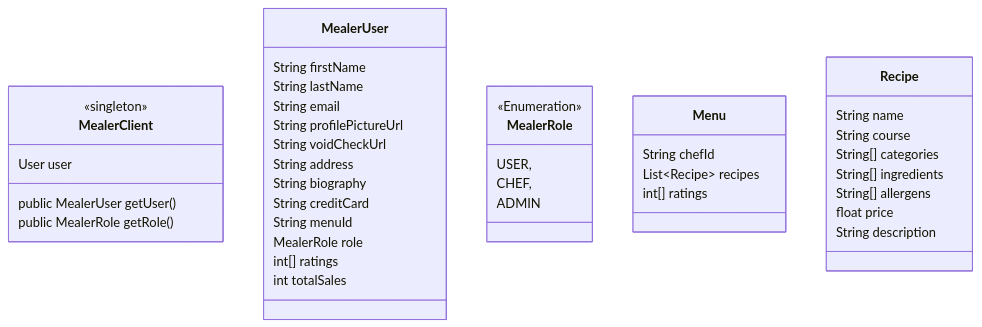
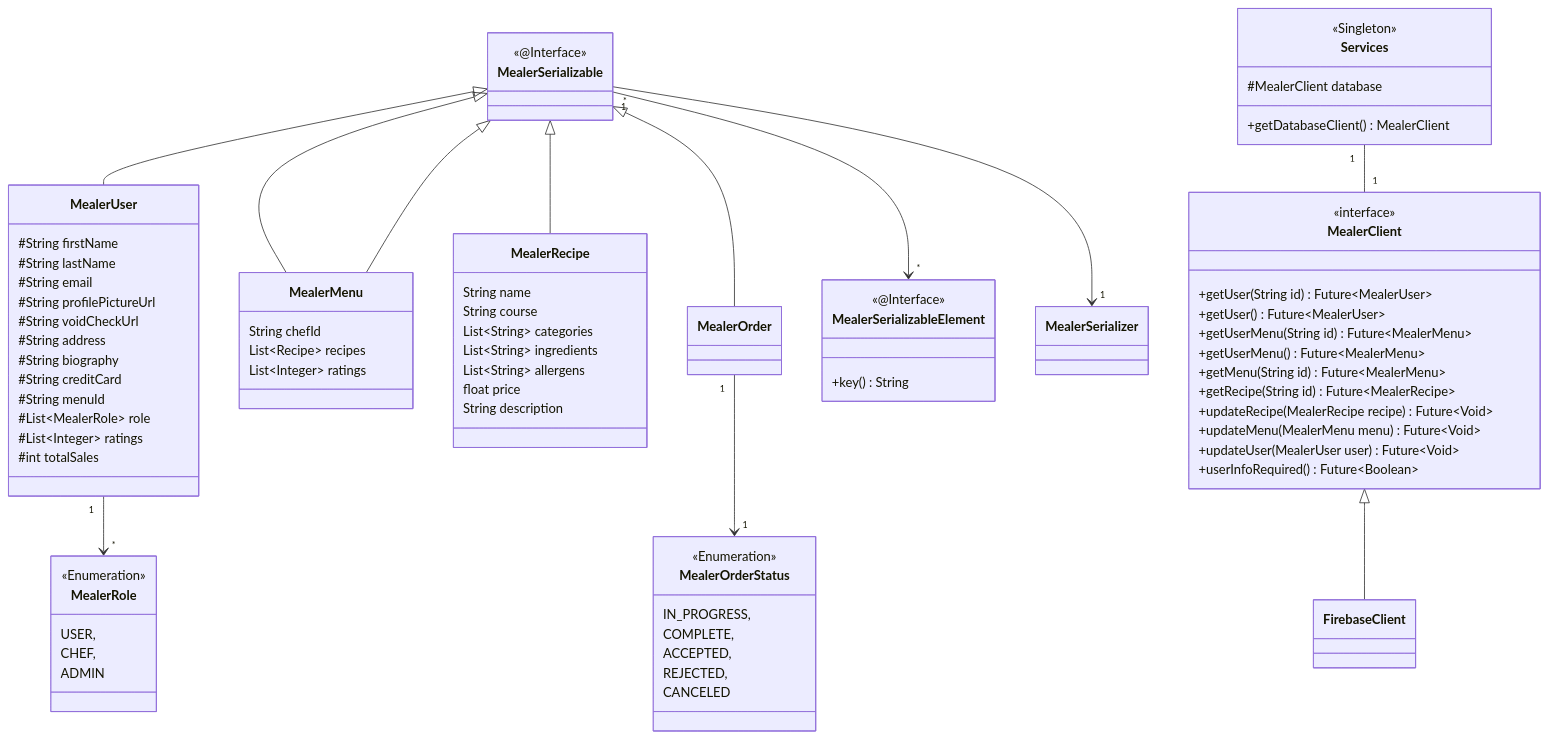
The second of 4 diagrams in README.md (Hamza-Bouzoubaa/Mealer-AndroidStudioApp), drawn with Mermaid before and after one commit. The commit also changed other lines of this file, not shown here.

Commit message:
Improve UML

````diff
--- a/README.md
+++ b/README.md
@@ -49,26 +49,59 @@
 ```mermaid
 classDiagram
+    MealerSerializable <|-- MealerUser
+    MealerSerializable <|-- MealerMenu
+    MealerSerializable <|-- MealerRecipe
+    MealerSerializable <|-- MealerOrder
+    MealerSerializable <|-- MealerMenu
+    MealerSerializable "1" --> "*" MealerSerializableElement
+    MealerSerializable "*" --> "1" MealerSerializer
+
+    MealerClient <|-- FirebaseClient
+
+    Services "1" -- "1" MealerClient
+
+    MealerOrder "1" --> "1" MealerOrderStatus
+
+    MealerUser "1" --> "*" MealerRole
+
+
     class MealerClient {
-        <<singleton>>
-        User user
+        <<interface>>
+        +getUser(String id) Future~MealerUser~
+        +getUser() Future~MealerUser~
+        +getUserMenu(String id) Future~MealerMenu~ 
+        +getUserMenu() Future~MealerMenu~ 
+        +getMenu(String id) Future~MealerMenu~ 
+        +getRecipe(String id) Future~MealerRecipe~ 
+        +updateRecipe(MealerRecipe recipe) Future~Void~ 
+        +updateMenu(MealerMenu menu) Future~Void~ 
+        +updateUser(MealerUser user) Future~Void~ 
+        +userInfoRequired() Future~Boolean~
+    }
 
-        public MealerUser getUser()
-        public MealerRole getRole()
+    class FirebaseClient {
+
+    }
+
+    class Services {
+        <<Singleton>>
+        #MealerClient database
+        +getDatabaseClient() MealerClient 
     }
 
     class MealerUser {
-        String firstName
-        String lastName
-        String email
-        String profilePictureUrl
-        String voidCheckUrl
-        String address
-        String biography
-        String creditCard
-        String menuId
-        MealerRole role
-        int[] ratings
-        int totalSales
+        #String firstName
+        #String lastName
+        #String email
+        #String profilePictureUrl
+        #String voidCheckUrl
+        #String address
+        #String biography
+        #String creditCard
+        #String menuId
+        #List~MealerRole~ role
+        #List~Integer~ ratings
+        #int totalSales
     }
 
     class MealerRole {
@@ -78,19 +111,45 @@
         ADMIN
     }
 
-    class Menu {
+    class MealerMenu {
         String chefId
         List~Recipe~ recipes
-        int[] ratings
+        List~Integer~ ratings
     }
 
-    class Recipe {
+    class MealerRecipe {
         String name
         String course
-        String[] categories
-        String[] ingredients
-        String[] allergens
+        List~String~ categories
+        List~String~ ingredients
+        List~String~ allergens
         float price
         String description
     }
+
+    class MealerOrder {
+
+    }
+
+    class MealerOrderStatus {
+        <<Enumeration>>
+        IN_PROGRESS,
+        COMPLETE,
+        ACCEPTED,
+        REJECTED,
+        CANCELED
+    }
+
+    class MealerSerializable {
+        <<@Interface>>
+    }
+
+    class MealerSerializer {
+
+    }
+
+    class MealerSerializableElement {
+        <<@Interface>>
+        +key() String 
+    }
 ```
````
